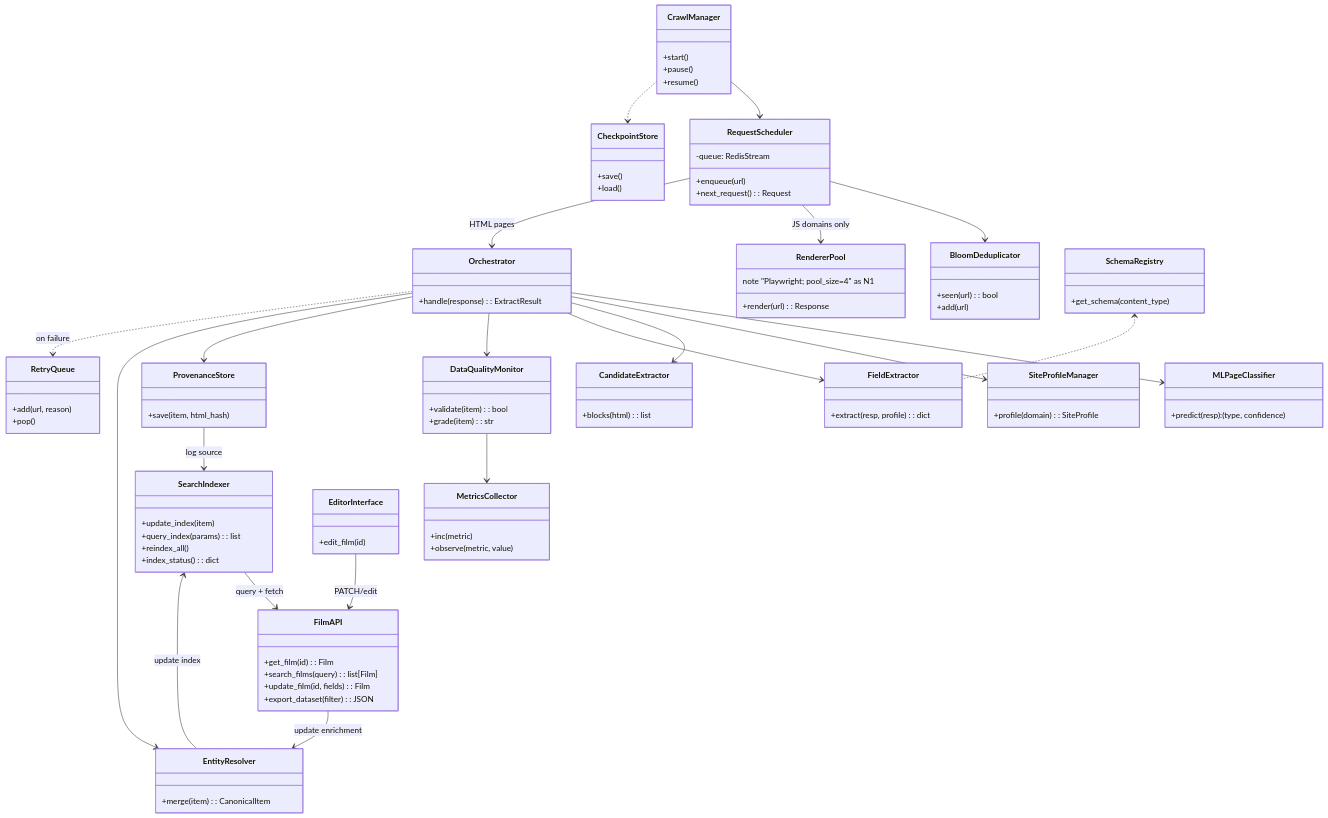
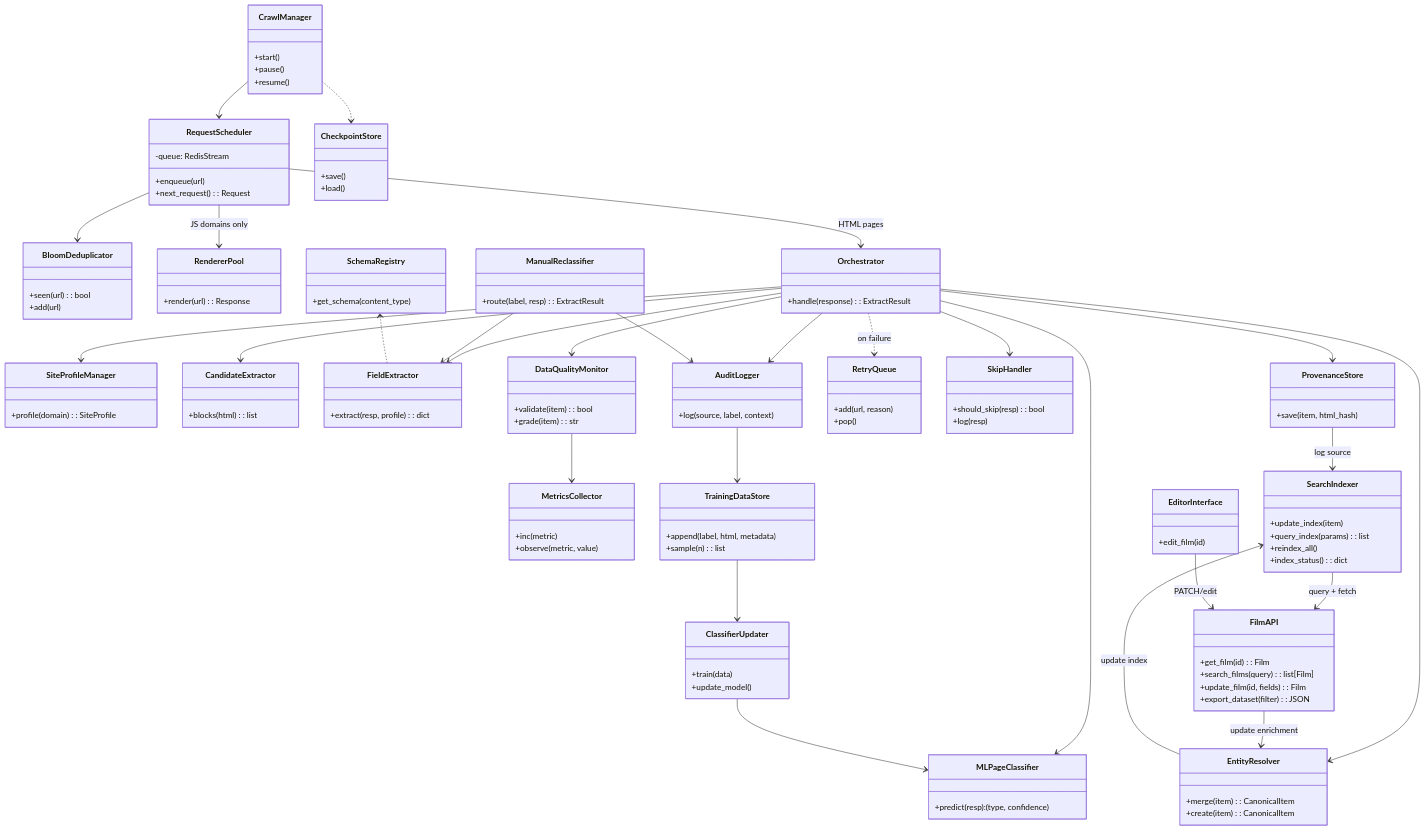
Before and after one commit to kaungkhantko/BRAWL-Burmese-movies-cRAWLer-: the fourth of 4 diagrams in docs/architecture.md, drawn with Mermaid. The commit also changed other lines of this file, not shown here.

````diff
--- a/docs/architecture.md
+++ b/docs/architecture.md
@@ -187,7 +272,6 @@
     }
     class RendererPool {
         +render(url): Response
-        note "Playwright; pool_size=4" as N1
     }
     class CheckpointStore {
         +save()
@@ -210,8 +294,8 @@
     class FieldExtractor {
         +extract(resp, profile): dict
     }
-    class EntityResolver {
-        +merge(item): CanonicalItem
+    class ManualReclassifier {
+        +route(label, resp): ExtractResult
     }
 
     %% ─────────── Validation & Storage ───────────
@@ -233,8 +317,16 @@
     class SchemaRegistry {
         +get_schema(content_type)
     }
+    class SkipHandler {
+        +should_skip(resp): bool
+        +log(resp)
+    }
 
     %% ─────────── Indexing & API ───────────
+    class EntityResolver {
+        +merge(item): CanonicalItem
+        +create(item): CanonicalItem
+    }
     class SearchIndexer {
         +update_index(item)
         +query_index(params): list
@@ -251,6 +343,19 @@
         +edit_film(id)
     }
 
+    %% ─────────── Feedback & Learning ───────────
+    class AuditLogger {
+        +log(source, label, context)
+    }
+    class TrainingDataStore {
+        +append(label, html, metadata)
+        +sample(n): list
+    }
+    class ClassifierUpdater {
+        +train(data)
+        +update_model()
+    }
+
     %% ─────────── Relationships ───────────
     CrawlManager --> RequestScheduler
     RequestScheduler --> BloomDeduplicator
@@ -265,7 +370,12 @@
     Orchestrator --> DataQualityMonitor
     Orchestrator --> ProvenanceStore
     Orchestrator --> EntityResolver
+    Orchestrator --> SkipHandler
     Orchestrator ..> RetryQueue : on failure
+    Orchestrator --> AuditLogger
+
+    ManualReclassifier --> AuditLogger
+    ManualReclassifier --> FieldExtractor
 
     DataQualityMonitor --> MetricsCollector
     ProvenanceStore --> SearchIndexer : log source
@@ -274,4 +384,8 @@
     EditorInterface --> FilmAPI : PATCH/edit
     FilmAPI --> EntityResolver : update enrichment
     SchemaRegistry <.. FieldExtractor
+
+    AuditLogger --> TrainingDataStore
+    TrainingDataStore --> ClassifierUpdater
+    ClassifierUpdater --> MLPageClassifier
 ```
````
